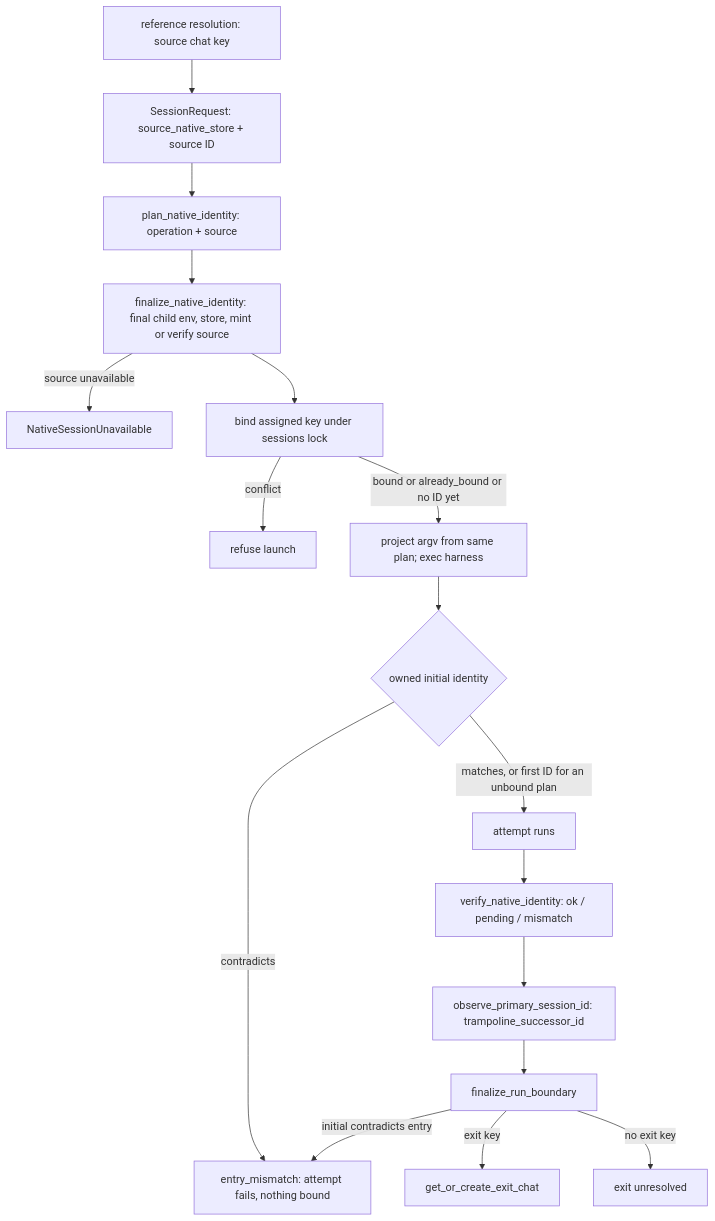
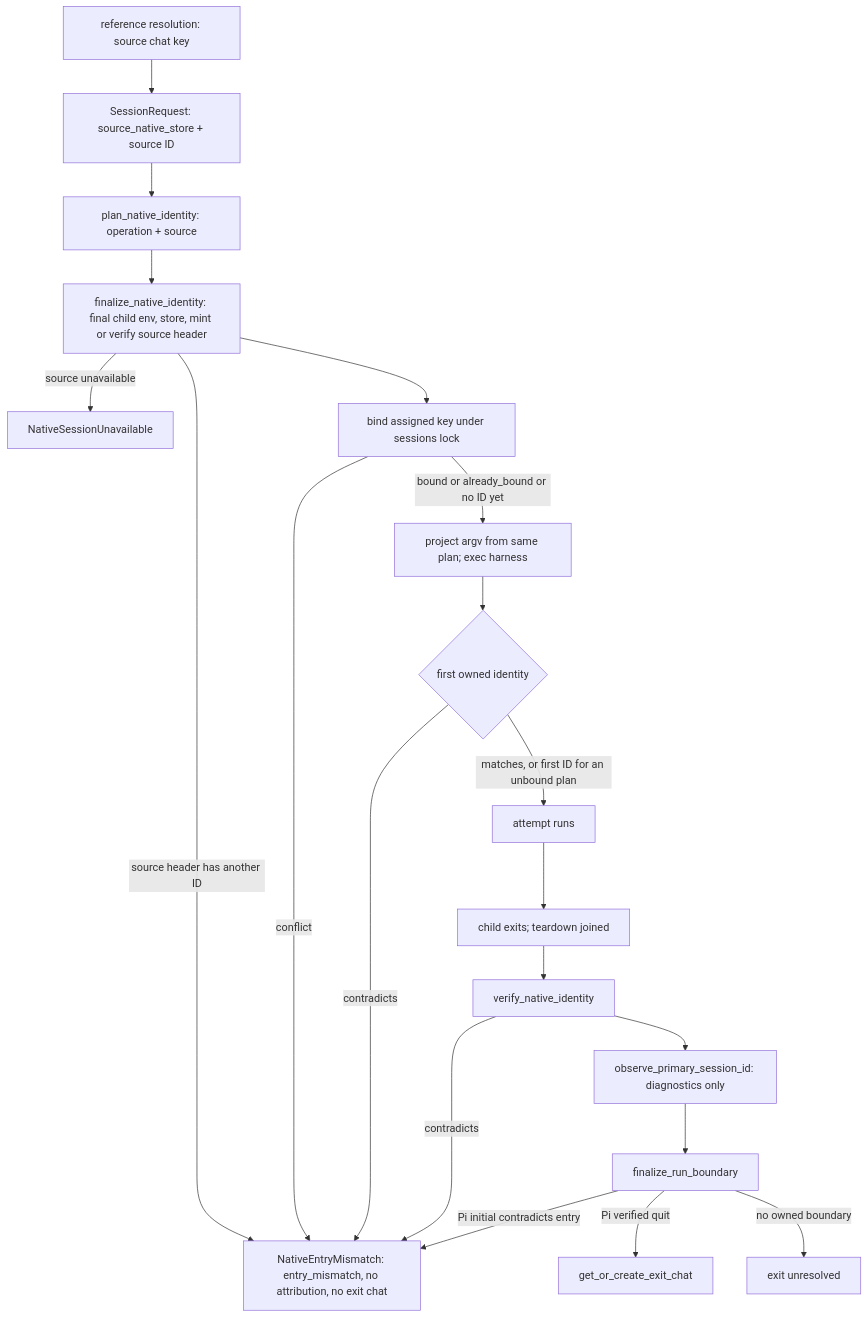
The diagram in kb/architecture/native-session-binding.md (haowjy/meridian-cli-kb), drawn with Mermaid before and after one commit. The commit also changed other lines of this file and 14 other files, not shown here.

````diff
--- a/kb/architecture/native-session-binding.md
+++ b/kb/architecture/native-session-binding.md
@@ -11,19 +11,22 @@
 ```mermaid
 flowchart TD
     Ref["reference resolution: source chat key"] --> Req["SessionRequest: source_native_store + source ID"]
     Req --> Plan["plan_native_identity: operation + source"]
-    Plan --> Fin["finalize_native_identity: final child env, store, mint or verify source"]
+    Plan --> Fin["finalize_native_identity: final child env, store, mint or verify source header"]
     Fin -->|source unavailable| Refuse["NativeSessionUnavailable"]
+    Fin -->|source header has another ID| Mis
     Fin --> Bind["bind assigned key under sessions lock"]
-    Bind -->|conflict| Refuse2["refuse launch"]
+    Bind -->|conflict| Mis
     Bind -->|bound or already_bound or no ID yet| Exec["project argv from same plan; exec harness"]
-    Exec --> Sig{"owned initial identity"}
-    Sig -->|contradicts| Mis["entry_mismatch: attempt fails, nothing bound"]
+    Exec --> Sig{"first owned identity"}
+    Sig -->|contradicts| Mis["NativeEntryMismatch: entry_mismatch, no attribution, no exit chat"]
     Sig -->|matches, or first ID for an unbound plan| Run["attempt runs"]
-    Run --> Ver["verify_native_identity: ok / pending / mismatch"]
-    Ver --> Obs["observe_primary_session_id: trampoline_successor_id"]
+    Run --> Join["child exits; teardown joined"]
+    Join --> Ver["verify_native_identity"]
+    Ver -->|contradicts| Mis
+    Ver --> Obs["observe_primary_session_id: diagnostics only"]
     Obs --> RB["finalize_run_boundary"]
-    RB -->|initial contradicts entry| Mis
-    RB -->|exit key| Exit["get_or_create_exit_chat"]
-    RB -->|no exit key| Unres["exit unresolved"]
+    RB -->|Pi initial contradicts entry| Mis
+    RB -->|Pi verified quit| Exit["get_or_create_exit_chat"]
+    RB -->|no owned boundary| Unres["exit unresolved"]
 ```
````
